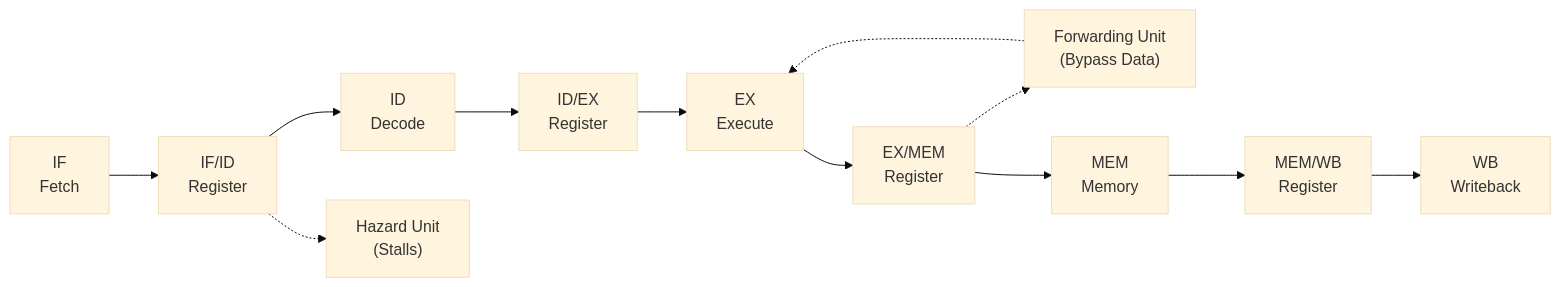
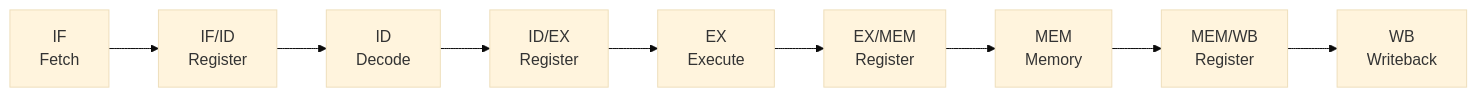
Before and after one commit to dankscreamer/5_Stage_Pipelined_RISCV: the second of 2 diagrams in README.md, drawn with Mermaid (base theme). The commit also changed other lines of this file and 20 other files, not shown here.

````diff
--- a/README.md
+++ b/README.md
@@ -514,14 +523,11 @@
 ```mermaid
 flowchart LR
     IF["IF<br>Fetch"] --> REG1["IF/ID<br>Register"]
     REG1 --> ID["ID<br>Decode"]
-    REG1 -.-> HAZ["Hazard Unit<br>(Stalls)"]
     ID --> REG2["ID/EX<br>Register"]
     REG2 --> EX["EX<br>Execute"]
-    REG3 -.-> FWD["Forwarding Unit<br>(Bypass Data)"]
-    FWD -.-> EX
     EX --> REG3["EX/MEM<br>Register"]
     REG3 --> MEM["MEM<br>Memory"]
     MEM --> REG4["MEM/WB<br>Register"]
     REG4 --> WB["WB<br>Writeback"]
 ```
````
